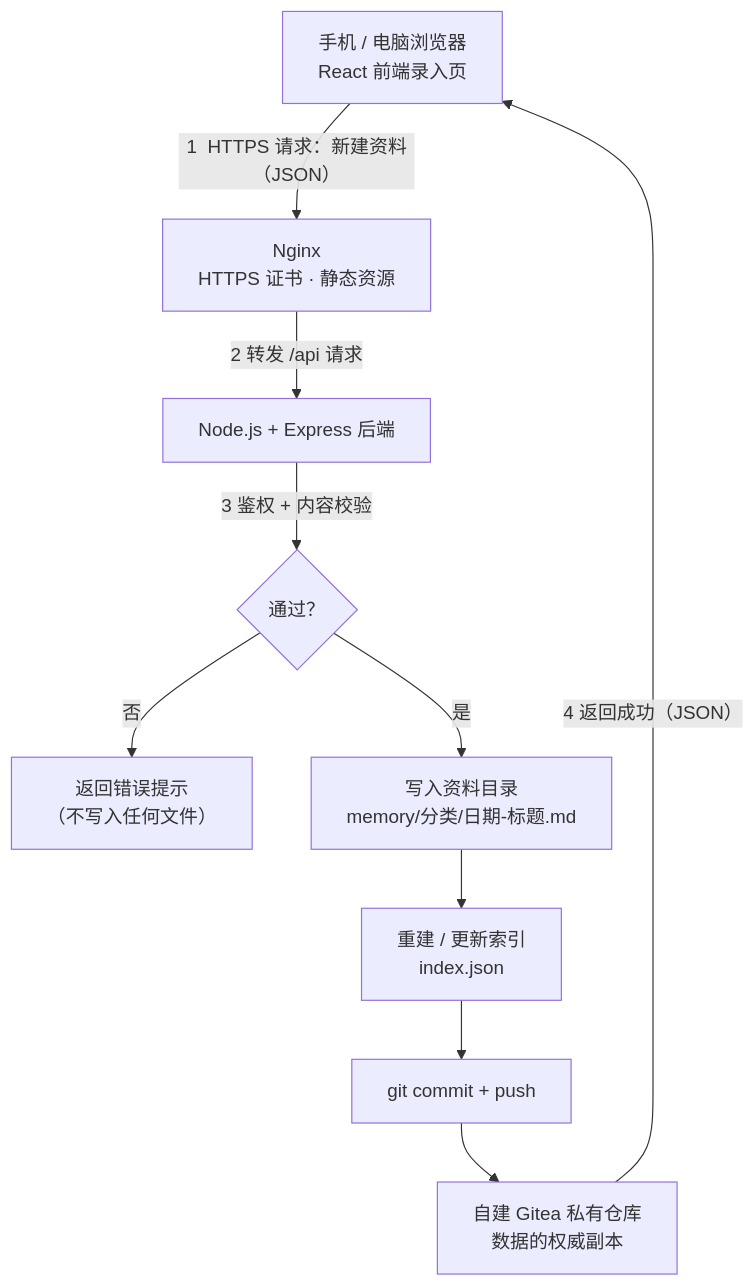
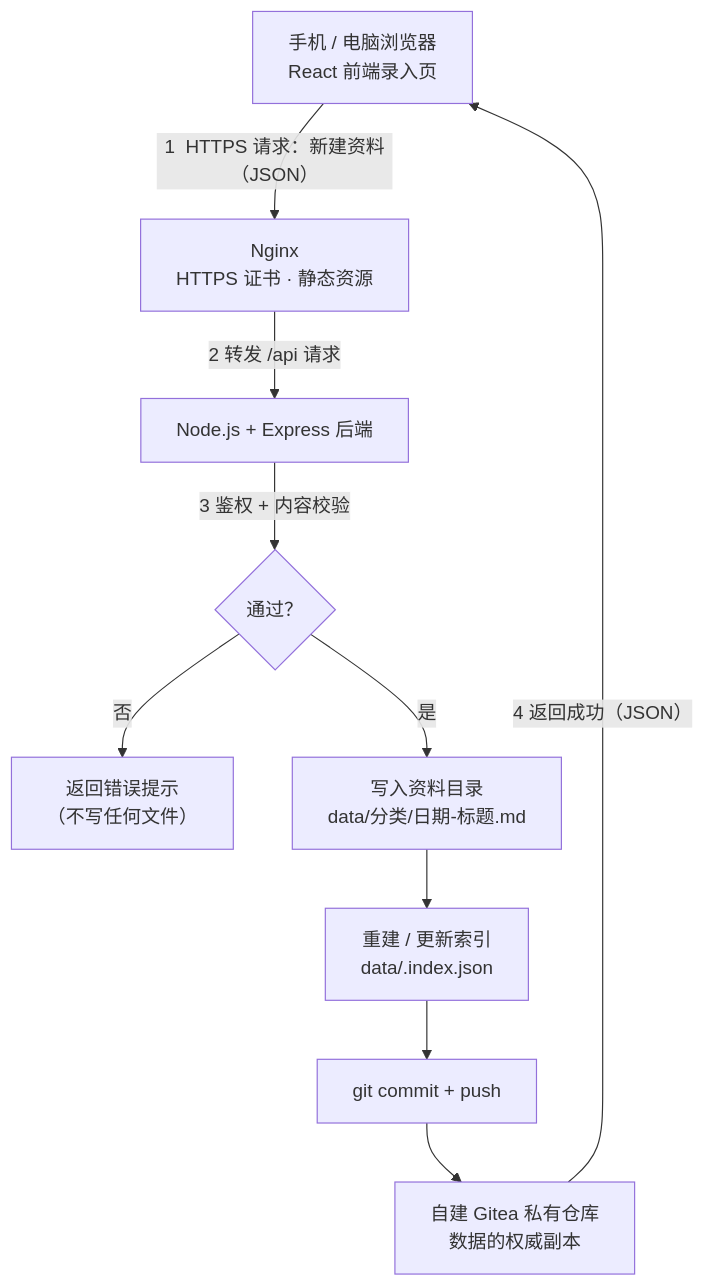
The first of 5 diagrams in TECH_DESIGN.md (XingHo-VibeCoding/vbcd), drawn with Mermaid before and after one commit. The commit also changed other lines of this file and 4 other files, not shown here.

````diff
--- a/TECH_DESIGN.md
+++ b/TECH_DESIGN.md
@@ -62,12 +59,12 @@
 ```mermaid
 flowchart TD
     A["手机 / 电脑浏览器<br/>React 前端录入页"] -->|"1  HTTPS 请求：新建资料（JSON）"| B["Nginx<br/>HTTPS 证书 · 静态资源"]
     B -->|"2  转发 /api 请求"| C["Node.js + Express 后端"]
     C -->|"3  鉴权 + 内容校验"| D{"通过？"}
-    D -->|"否"| E["返回错误提示<br/>（不写入任何文件）"]
-    D -->|"是"| F["写入资料目录<br/>memory/分类/日期-标题.md"]
-    F --> G["重建 / 更新索引<br/>index.json"]
+    D -->|"否"| E["返回错误提示<br/>（不写任何文件）"]
+    D -->|"是"| F["写入资料目录<br/>data/分类/日期-标题.md"]
+    F --> G["重建 / 更新索引<br/>data/.index.json"]
     G --> H["git commit + push"]
     H --> I["自建 Gitea 私有仓库<br/>数据的权威副本"]
     I -->|"4  返回成功（JSON）"| A
 ```
````
